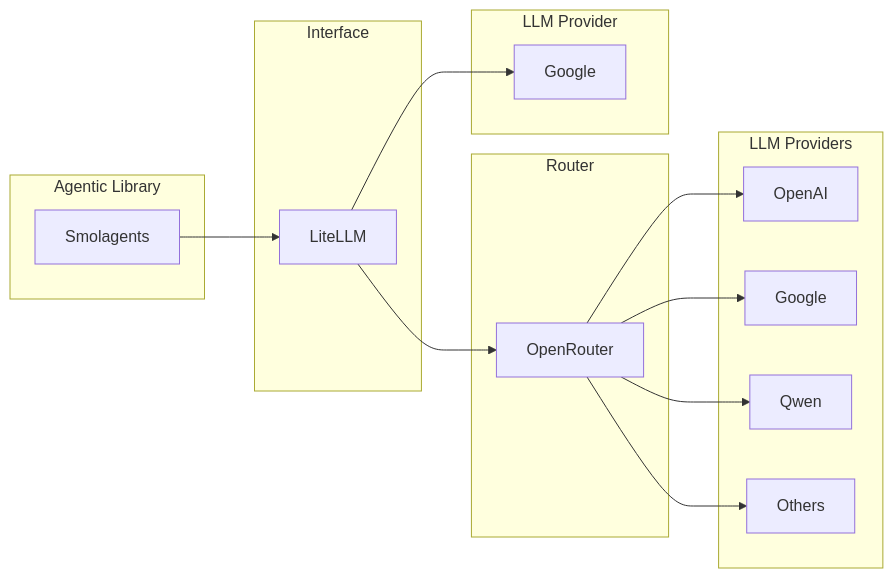
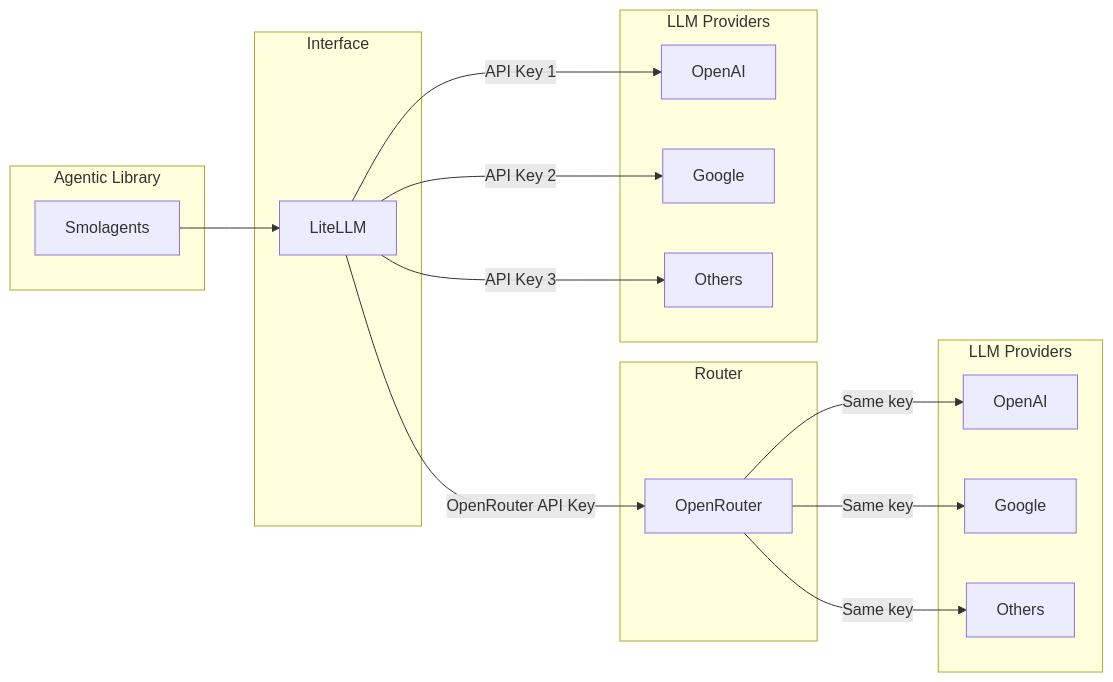
One commit to lokumai/smolagents-quickstart-template changed the diagram in docs/api_key.md. Above: the diagram before and after it, drawn with Mermaid. The commit also changed other lines of this file, not shown here.

Commit message:
refactor(docs): update flowchart in API key setup guide for clarity and accuracy

````diff
--- a/docs/api_key.md
+++ b/docs/api_key.md
@@ -7,28 +7,30 @@
 ```mermaid
 flowchart LR
-	subgraph AGENTIC_LIB["Agentic Library"]
-		A["Smolagents"]
-	end
-	subgraph INTERFACE["Interface"]
-		B["LiteLLM"]
-	end
-	subgraph ROUTER["Router"]
-		C["OpenRouter"]
-	end
-	subgraph PROVIDER1["LLM Provider"]
-		D["Google"]
-	end
-	subgraph PROVIDERS["LLM Providers"]
-		E1["OpenAI"]
-		E2["Google"]
-		E3["Qwen"]
-		E4["Others"]
-	end
-	A --> B
-	B --> C
-	B --> D
-	C --> E1
-	C --> E2
-	C --> E3
-	C --> E4
+    subgraph AGENTIC_LIB["Agentic Library"]
+        A["Smolagents"]
+    end
+    subgraph INTERFACE["Interface"]
+        B["LiteLLM"]
+    end
+    subgraph ROUTER["Router"]
+        C["OpenRouter"]
+    end
+    subgraph PROVIDER_GAI["LLM Providers"]
+        D1["OpenAI"]
+        D2["Google"]
+        D3["Others"]
+    end
+    subgraph PROVIDERS["LLM Providers"]
+        E1["OpenAI"]
+        E2["Google"]
+        E3["Others"]
+    end
+    A --> B
+    B -- "OpenRouter API Key" --> C
+    B -- "API Key 1" --> D1
+    B -- "API Key 2" --> D2
+    B -- "API Key 3" --> D3
+    C -- "Same key" --> E1
+    C -- "Same key" --> E2
+    C -- "Same key" --> E3
 ```
````
